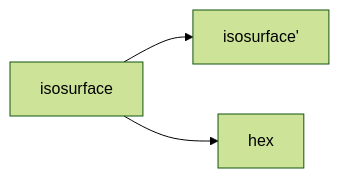
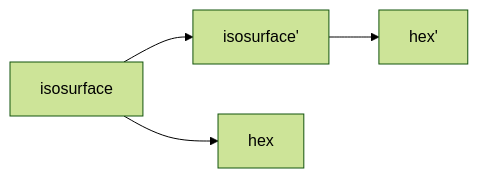
Before and after one commit to sandialabs/sibl: the first of 2 diagrams in geo/doc/cinolib/bunny.md, drawn with Mermaid (forest theme). The commit also changed other lines of this file, not shown here.

````diff
--- a/geo/doc/cinolib/bunny.md
+++ b/geo/doc/cinolib/bunny.md
@@ -26,5 +28,6 @@
 ```mermaid
   graph LR;
     isosurface-->isosurface'
+    isosurface'-->hex'
     isosurface-->hex
 ```
````
